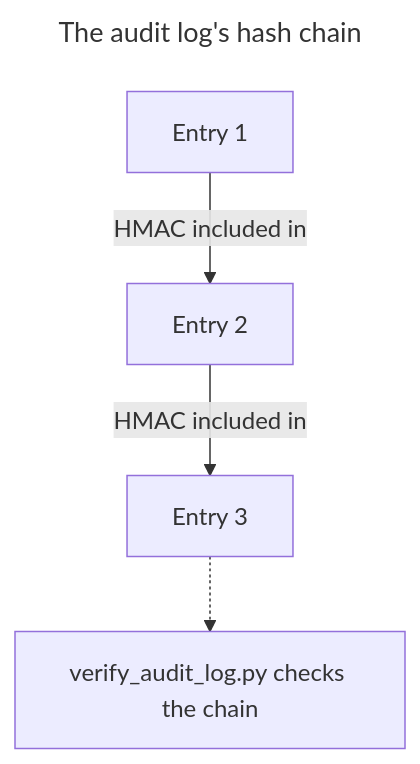
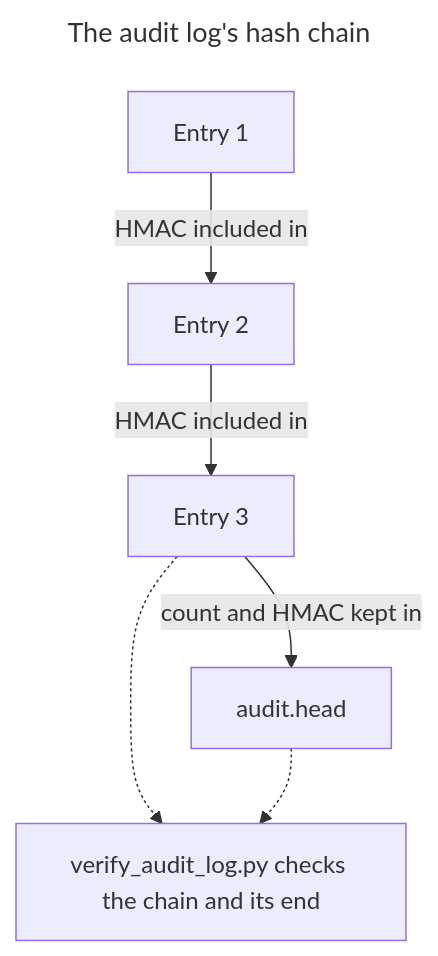
Before and after one commit to synaptiai/agent-capability-standard: the third of 3 diagrams in hooks/README.md, drawn with Mermaid. The commit also changed other lines of this file and 26 other files, not shown here.

````diff
--- a/hooks/README.md
+++ b/hooks/README.md
@@ -411,9 +417,11 @@
 ```mermaid
 ---
 title: The audit log's hash chain
 ---
 flowchart TB
-  accDescr: Each audit log entry includes the HMAC of the entry before it, so the entries form a hash chain that tools/verify_audit_log.py can check for tampering.
+  accDescr: Each audit log entry includes the HMAC of the entry before it, so the entries form a hash chain, and audit.head keeps the chain's end, so that tools/verify_audit_log.py can check the log for changed, removed and missing last entries.
   e1[Entry 1] -->|HMAC included in| e2[Entry 2] -->|HMAC included in| e3[Entry 3]
-  e3 -.-> v[verify_audit_log.py checks the chain]
+  e3 -->|count and HMAC kept in| h[audit.head]
+  e3 -.-> v[verify_audit_log.py checks the chain and its end]
+  h -.-> v
 ```
````
